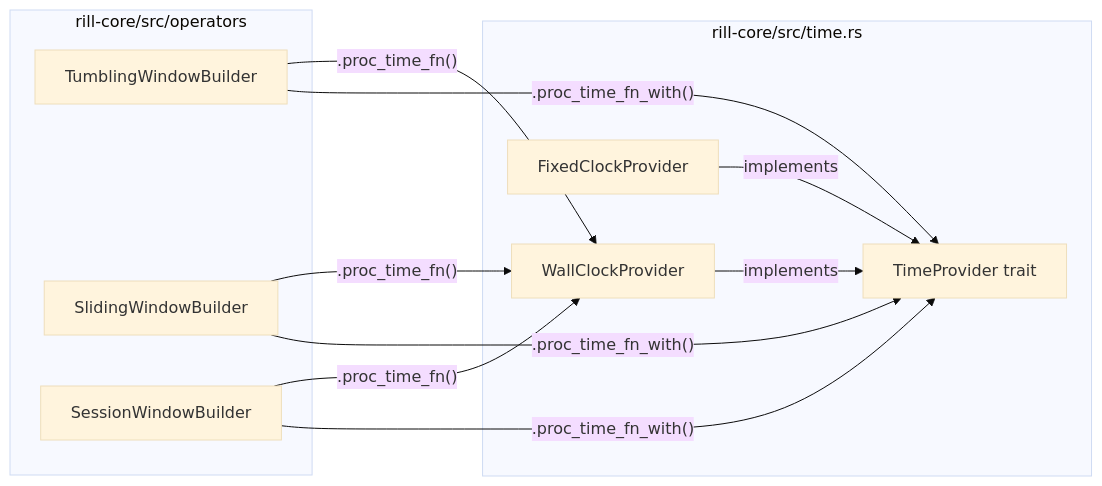
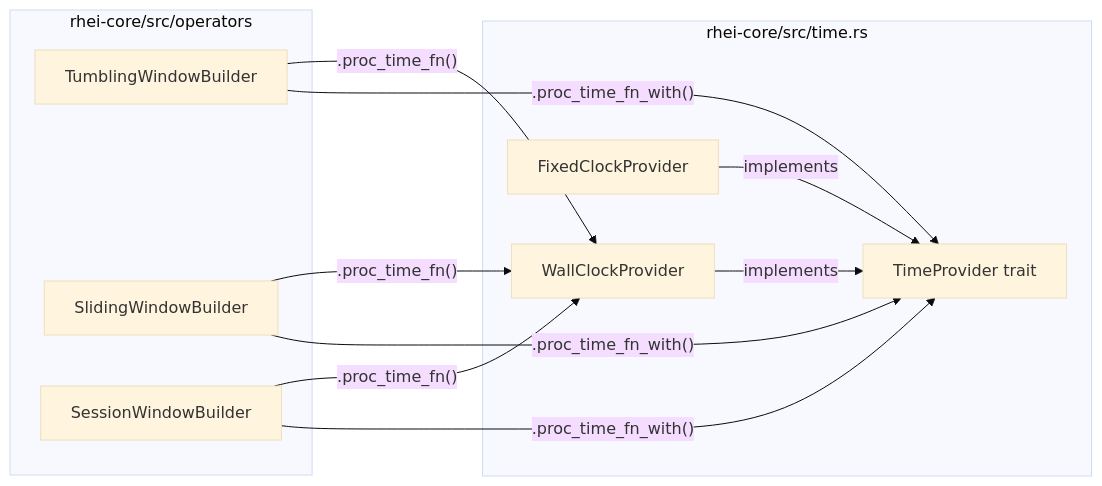
One commit to RcRonco/rhei changed the second of 3 diagrams in ADR/time-provider.md. Above: the diagram before and after it, drawn with Mermaid (base theme). The commit also changed other lines of this file and 92 other files, not shown here.

Commit message:
Replace rill to rhei

````diff
--- a/ADR/time-provider.md
+++ b/ADR/time-provider.md
@@ -83,23 +83,23 @@
 ```mermaid
 graph LR
-    subgraph rill-core/src/time.rs
+    subgraph rhei-core/src/time.rs
         TP[TimeProvider trait]
         WC[WallClockProvider]
         FC[FixedClockProvider]
     end
 
-    subgraph rill-core/src/operators
+    subgraph rhei-core/src/operators
         TW[TumblingWindowBuilder]
         SW[SlidingWindowBuilder]
         SEW[SessionWindowBuilder]
     end
 
     WC -->|implements| TP
     FC -->|implements| TP
     TW -->|".proc_time_fn()"| WC
     TW -->|".proc_time_fn_with()"| TP
     SW -->|".proc_time_fn()"| WC
     SW -->|".proc_time_fn_with()"| TP
     SEW -->|".proc_time_fn()"| WC
     SEW -->|".proc_time_fn_with()"| TP
 ```
````
